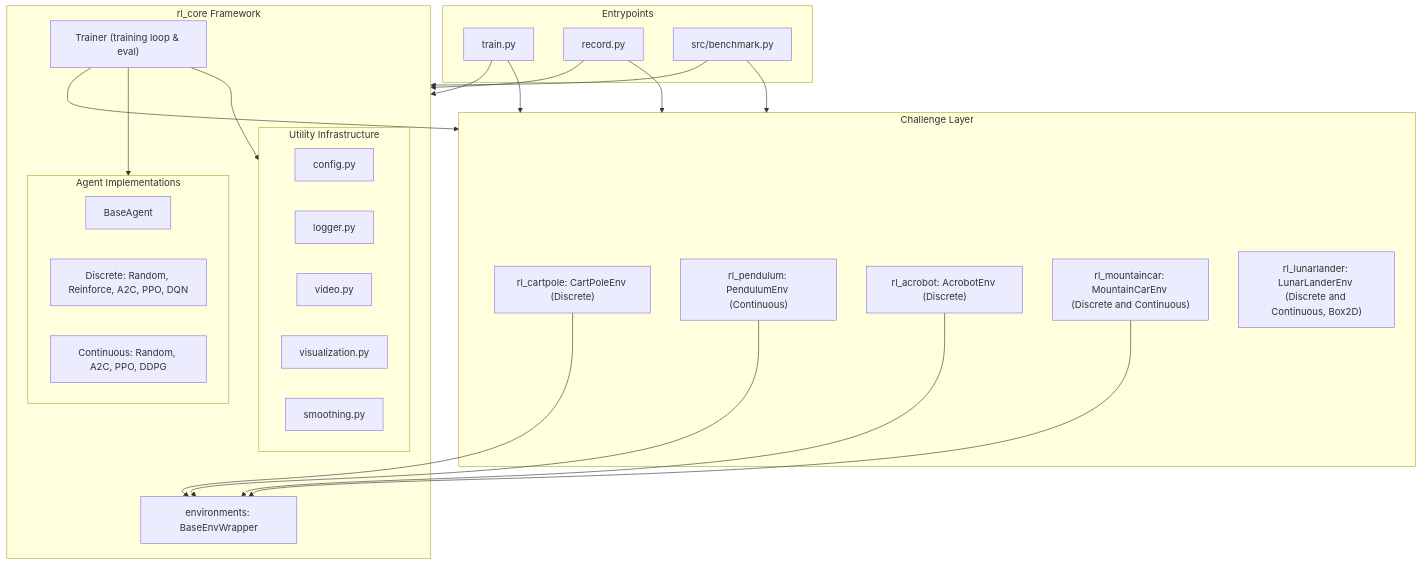
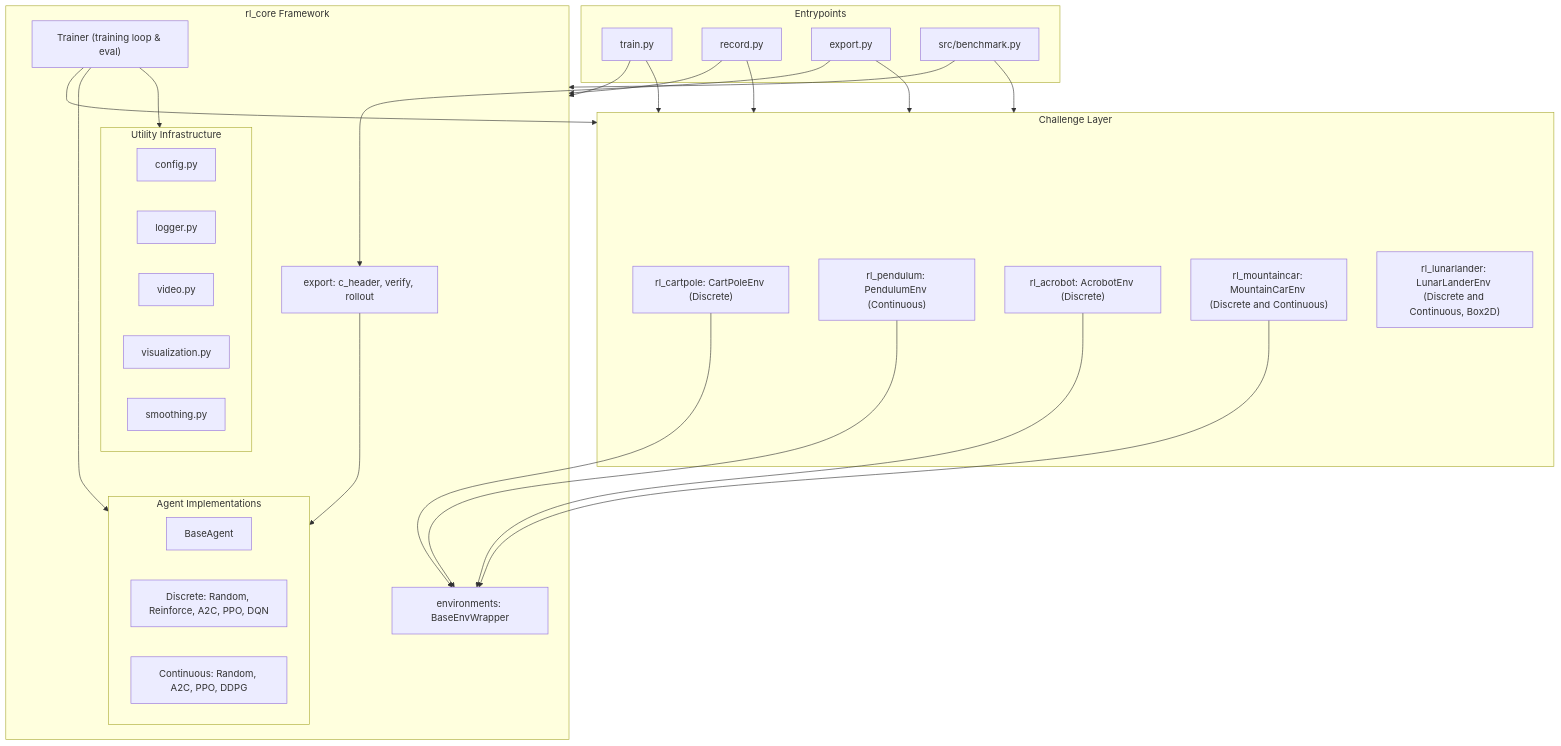
The first of 3 diagrams in ARCHITECTURE.md (andreijw/AI), drawn with Mermaid before and after one commit. The commit also changed other lines of this file and 24 other files, not shown here.

Commit message:
feat(export): C header export of a trained agent's greedy policy, verified by compiling it

````diff
--- a/ARCHITECTURE.md
+++ b/ARCHITECTURE.md
@@ -106,50 +106,56 @@
 ```mermaid
 flowchart TD
     subgraph CLI ["Entrypoints"]
         Train["train.py"]
         Record["record.py"]
+        Export["export.py"]
         Bench["src/benchmark.py"]
     end
 
     subgraph Challenges ["Challenge Layer"]
         CartPole["rl_cartpole: CartPoleEnv (Discrete)"]
         Pendulum["rl_pendulum: PendulumEnv (Continuous)"]
         Acrobot["rl_acrobot: AcrobotEnv (Discrete)"]
         MountainCar["rl_mountaincar: MountainCarEnv (Discrete and Continuous)"]
         LunarLander["rl_lunarlander: LunarLanderEnv (Discrete and Continuous, Box2D)"]
     end
 
     subgraph Core ["rl_core Framework"]
         Trainer["Trainer (training loop & eval)"]
         
         subgraph Agents ["Agent Implementations"]
             BaseAgent["BaseAgent"]
             DiscreteAgents["Discrete: Random, Reinforce, A2C, PPO, DQN"]
             ContinuousAgents["Continuous: Random, A2C, PPO, DDPG"]
         end
 
         EnvBase["environments: BaseEnvWrapper"]
 
         subgraph Utils ["Utility Infrastructure"]
             Config["config.py"]
             Logger["logger.py"]
             Video["video.py"]
             Viz["visualization.py"]
             Smooth["smoothing.py"]
         end
+
+        ExportPkg["export: c_header, verify, rollout"]
     end
 
     Train --> Core
     Record --> Core
     Bench --> Core
     Train --> Challenges
     Record --> Challenges
+    Export --> Challenges
+    Export --> ExportPkg
+    ExportPkg --> Agents
     Bench --> Challenges
     Trainer --> Challenges
     Trainer --> Agents
     Trainer --> Utils
     CartPole --> EnvBase
     Pendulum --> EnvBase
     Acrobot --> EnvBase
     MountainCar --> EnvBase
 ```
````
